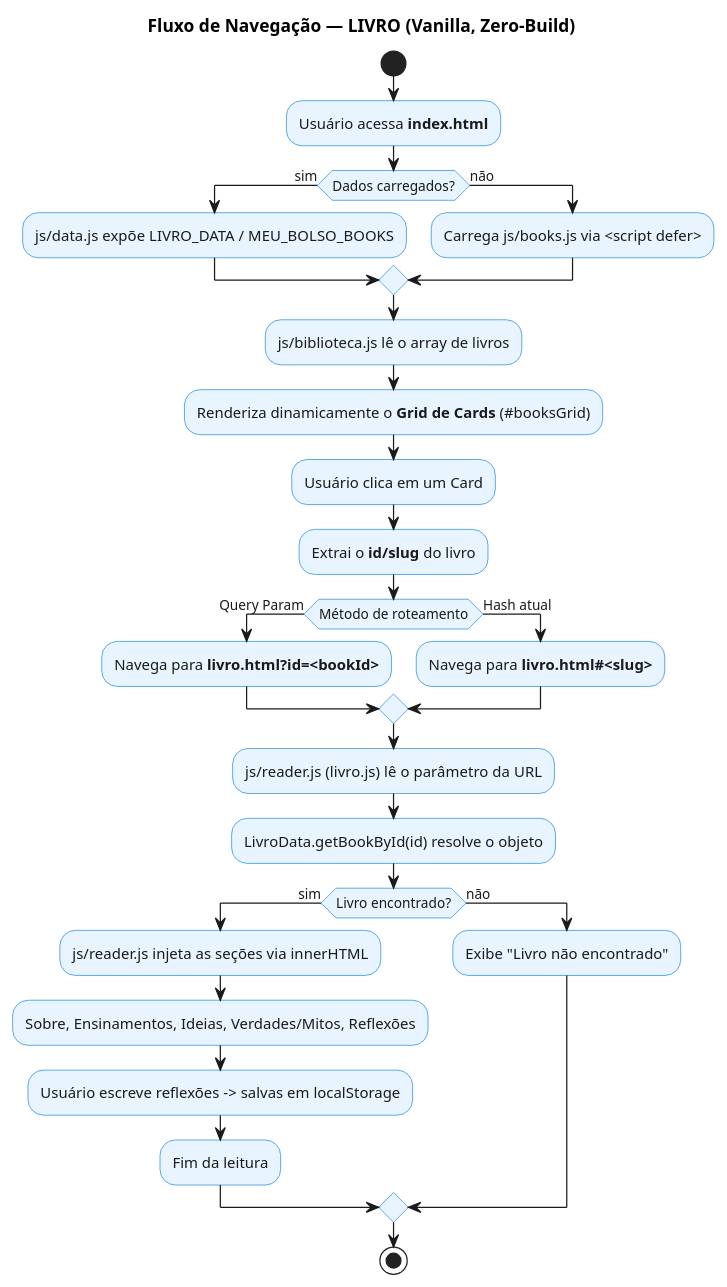
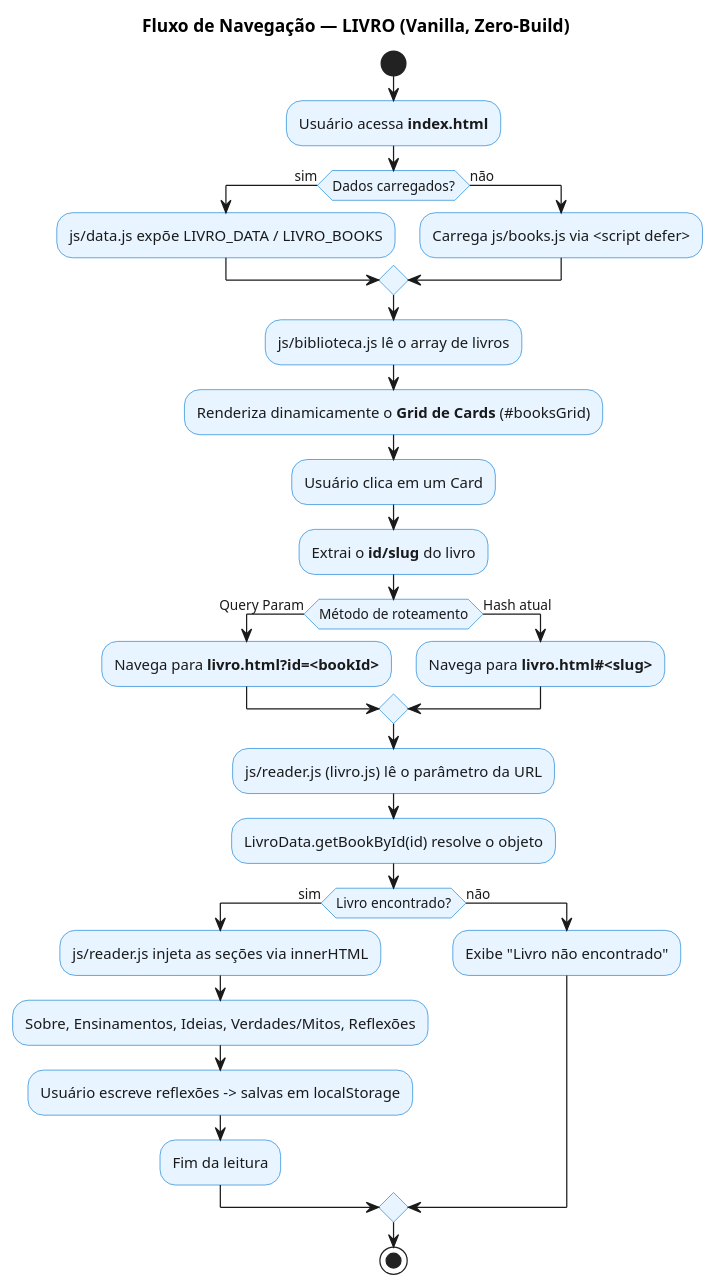
The diagram in docs/uml/navigation-flow.puml (marceloacaci/livro), drawn with PlantUML before and after one commit. The commit also changed 71 other files, not shown here.

First line of the commit message:
refactor: remove todas as referencias MEU_BOLSO (-> LIVRO) e integra lotes -b2 (1000+ artigos)

```diff
--- a/docs/uml/navigation-flow.puml
+++ b/docs/uml/navigation-flow.puml
@@ -1,50 +1,50 @@
 @startuml
 title Fluxo de Navegação — LIVRO (Vanilla, Zero-Build)
 
 skinparam backgroundColor #FFFFFF
 skinparam defaultFontName Segoe UI
 skinparam activity {
   BackgroundColor #E8F4FF
   BorderColor #0078D4
   FontColor #1A1A1A
 }
 skinparam arrow {
   Color #1A1A1A
   FontColor #1A1A1A
 }
 
 start
 :Usuário acessa **index.html**;
 
 if (Dados carregados?) then (sim)
-  :js/data.js expõe LIVRO_DATA / MEU_BOLSO_BOOKS;
+  :js/data.js expõe LIVRO_DATA / LIVRO_BOOKS;
 else (não)
   :Carrega js/books.js via <script defer>;
 endif
 
 :js/biblioteca.js lê o array de livros;
 :Renderiza dinamicamente o **Grid de Cards** (#booksGrid);
 
 :Usuário clica em um Card;
 :Extrai o **id/slug** do livro;
 
 if (Método de roteamento) then (Query Param)
   :Navega para **livro.html?id=<bookId>**;
 else (Hash atual)
   :Navega para **livro.html#<slug>**;
 endif
 
 :js/reader.js (livro.js) lê o parâmetro da URL;
 :LivroData.getBookById(id) resolve o objeto;
 
 if (Livro encontrado?) then (sim)
   :js/reader.js injeta as seções via innerHTML;
   :Sobre, Ensinamentos, Ideias, Verdades/Mitos, Reflexões;
   :Usuário escreve reflexões -> salvas em localStorage;
   :Fim da leitura;
 else (não)
   :Exibe "Livro não encontrado";
 endif
 
 stop
 @enduml
```
